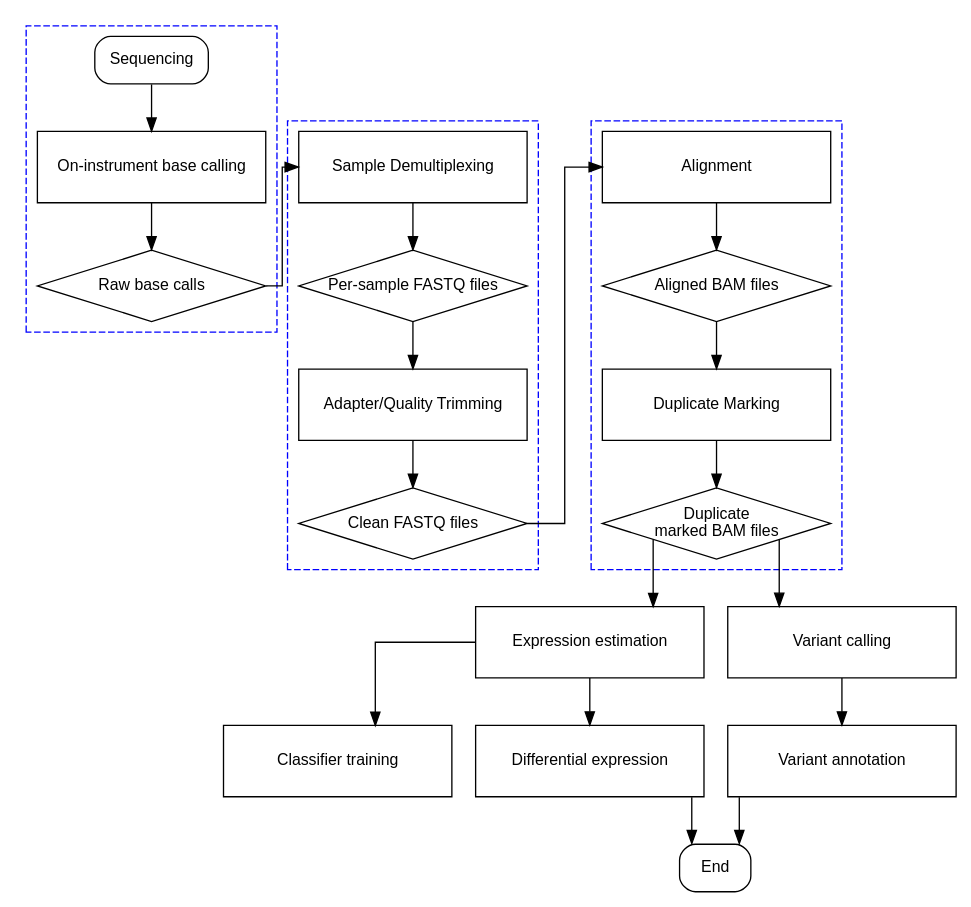
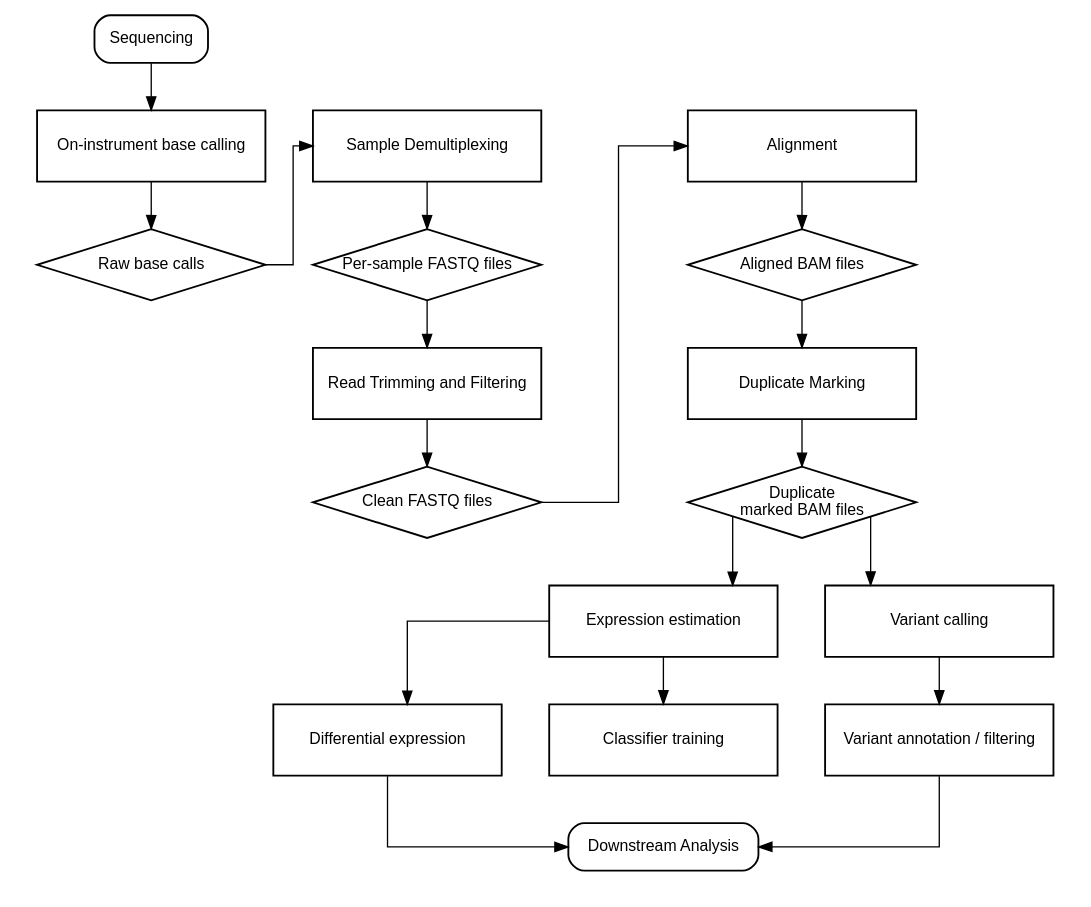
One commit to cbrueffer/phd_thesis_plots changed the diagram in rnaseq_computational_workflow/rnaseq_computational_workflow.gv. Above: the diagram before and after it, drawn with Graphviz. The commit also changed 1 other file, not shown here.

```diff
--- a/rnaseq_computational_workflow/rnaseq_computational_workflow.gv
+++ b/rnaseq_computational_workflow/rnaseq_computational_workflow.gv
@@ -1,89 +1,106 @@
 #
 # Computational RNA-seq workflow
 #
 
 digraph G {
     graph [splines=ortho];
     newrank=true;
 
-    node[nodesep=0.1, ranksep=0.6, fontsize=15];
+    nodesep=0.5;
+
+    node[nodesep=1.1, ranksep=1.6, penwidth=1.4, fontsize=17];
     edge[weight=1.6];
 
     node[shape="box", style="rounded", fontsize=12, fontname = "helvetica"]
         start; end;
     node[shape="rect", style="", fixedsize=true, width="2.4", height="0.75", fontsize=12, fontname = "helvetica", fillcolor = "#ffffff"]
 	    base_calling; demultiplexing; alignment; duplicate_marking; trimming; expression_estimation;
 	    variant_calling; variant_anno; differential_expression; classifier_training;
 	node[shape="diamond", style="", fixedsize=true, width="2.4", height="0.75"]
 		base_calls; demultiplexed_fastq; clean_fastq_files; bam_files; bam_files_markdup;
 
     # define nodes
     start [label="Sequencing"];
     base_calling [label="On-instrument base calling"];
     base_calls [label="Raw base calls"];
     demultiplexing [label="Sample Demultiplexing"];
     demultiplexed_fastq [label="Per-sample FASTQ files"];
-    trimming [label="Adapter/Quality Trimming"];
+    trimming [label="Read Trimming and Filtering"];
     clean_fastq_files [label="Clean FASTQ files"];
     alignment [label="Alignment"];
     bam_files [label="Aligned BAM files"];
     bam_files_markdup [label="Duplicate\nmarked BAM files"];
     duplicate_marking [label="Duplicate Marking"];
     expression_estimation [label="Expression estimation"];
     differential_expression [label="Differential expression"];
     classifier_training [label="Classifier training"]
     variant_calling [label="Variant calling"];
-    variant_anno [label="Variant annotation"];
-    end [label="End"];
+    variant_anno [label="Variant annotation / filtering"];
+    end [label="Downstream Analysis"];
 
     # define edges
     start -> base_calling;
     base_calling -> base_calls
     base_calls -> demultiplexing;
     demultiplexing -> demultiplexed_fastq;
     demultiplexed_fastq -> trimming;
     trimming -> clean_fastq_files;
     clean_fastq_files -> alignment;
     alignment -> bam_files;
     bam_files -> duplicate_marking;
     duplicate_marking -> bam_files_markdup;
     bam_files_markdup -> expression_estimation;
     bam_files_markdup -> variant_calling;
+    expression_estimation -> classifier_training;
     expression_estimation -> differential_expression;
-    expression_estimation -> classifier_training;
     differential_expression -> end;
     variant_calling -> variant_anno;
     variant_anno -> end;
 
     subgraph cluster_sequencing {
 		style=dashed;
-		color=blue;
-
-        start;
+		color=white;
+		penwidth=2;
         base_calling;
         base_calls;
 	}
 
 	subgraph cluster_prealign {
 		style=dashed;
-		color=blue;
+		color=white;
+		penwidth=2;
 
         demultiplexing;
         demultiplexed_fastq;
         trimming;
         clean_fastq_files;
 	}
 
 	subgraph cluster_postalign {
 		style=dashed;
-		color=blue;
+		color=white;
+		penwidth=2;
 
 		alignment;
         bam_files;
         duplicate_marking;
         bam_files_markdup;
 	}
 
-	{ rank=same; base_calling; demultiplexing; alignment}
+	subgraph cluster_analysis {
+		style=dashed;
+		color=white;
+		penwidth=2;
+		ordering="in"
+
+        classifier_training;
+        expression_estimation;
+        differential_expression;
+        variant_calling;
+        variant_anno;
+        end;
+	}
+
+	{ rank=same; base_calling; demultiplexing; alignment; }
 
 }
```
